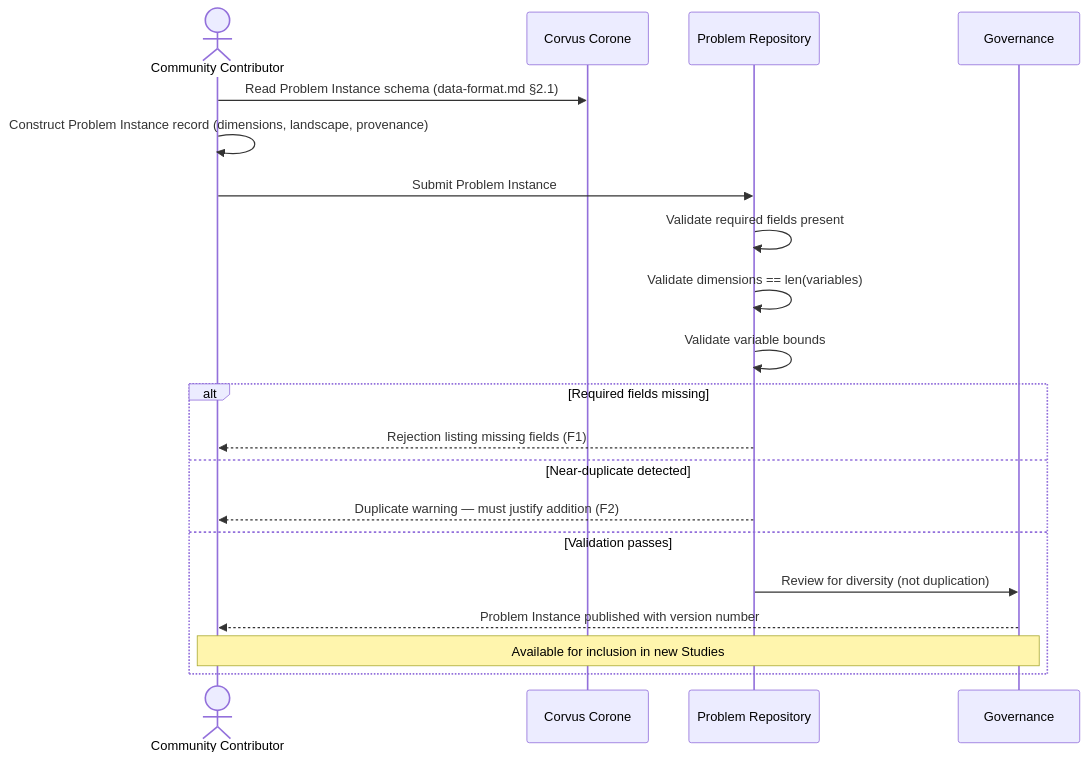
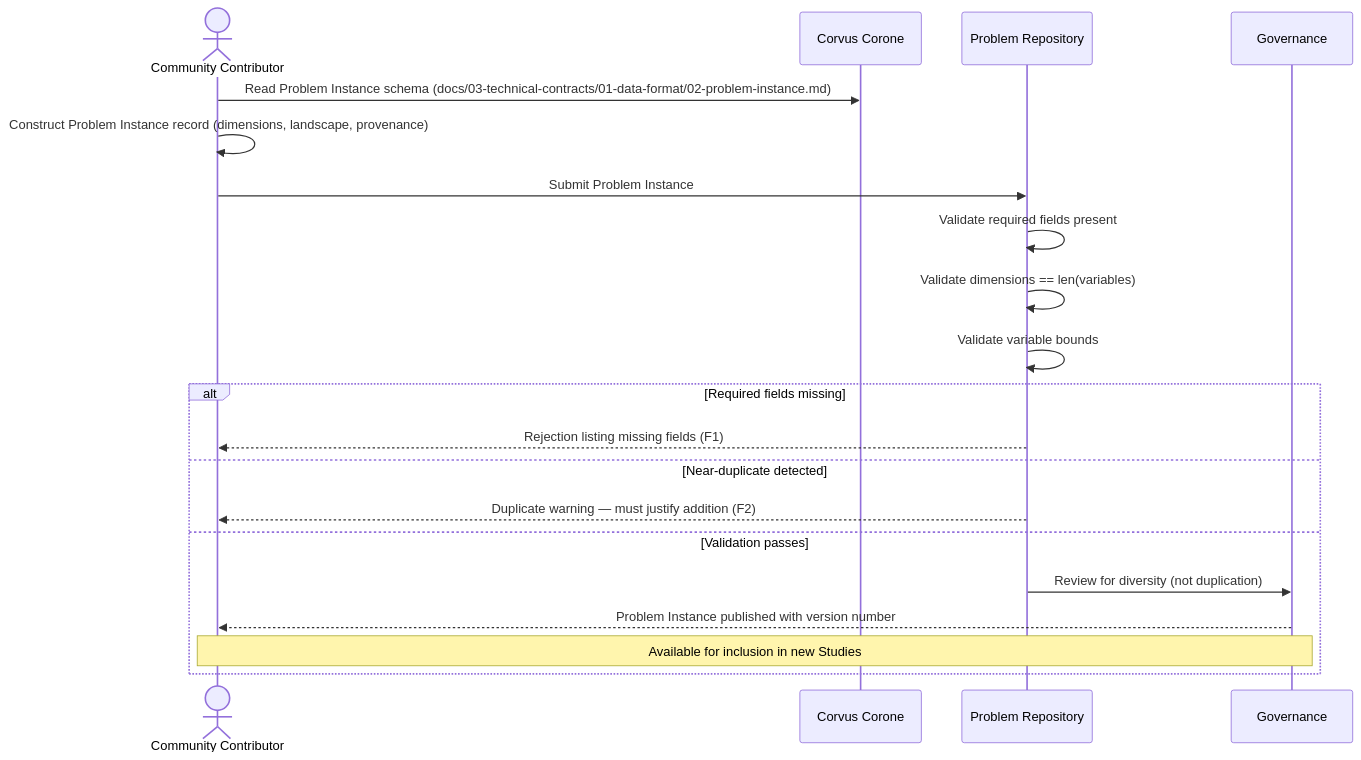
The diagram in docs/02-design/01-software-requirement-specification/02-use-cases/05-uc-04.md (jedrzejpolaczek/aviarium.corvidae.corvus_corone), drawn with Mermaid before and after one commit. The commit also changed other lines of this file and 173 other files, not shown here.

````diff
--- a/docs/02-design/01-software-requirement-specification/02-use-cases/05-uc-04.md
+++ b/docs/02-design/01-software-requirement-specification/02-use-cases/05-uc-04.md
@@ -11,25 +11,25 @@
 ```mermaid
 sequenceDiagram
     actor Contributor as Community Contributor
     participant System as Corvus Corone
     participant Repo as Problem Repository
     participant Governance
 
-    Contributor->>System: Read Problem Instance schema (data-format.md §2.1)
+    Contributor->>System: Read Problem Instance schema (docs/03-technical-contracts/01-data-format/02-problem-instance.md)
     Contributor->>Contributor: Construct Problem Instance record (dimensions, landscape, provenance)
     Contributor->>Repo: Submit Problem Instance
 
     Repo->>Repo: Validate required fields present
     Repo->>Repo: Validate dimensions == len(variables)
     Repo->>Repo: Validate variable bounds
 
     alt Required fields missing
         Repo-->>Contributor: Rejection listing missing fields (F1)
     else Near-duplicate detected
         Repo-->>Contributor: Duplicate warning — must justify addition (F2)
     else Validation passes
         Repo->>Governance: Review for diversity (not duplication)
         Governance-->>Contributor: Problem Instance published with version number
         Note over Contributor,Governance: Available for inclusion in new Studies
     end
 ```
````
